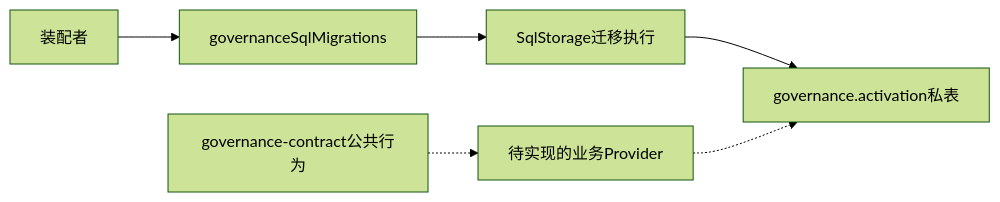
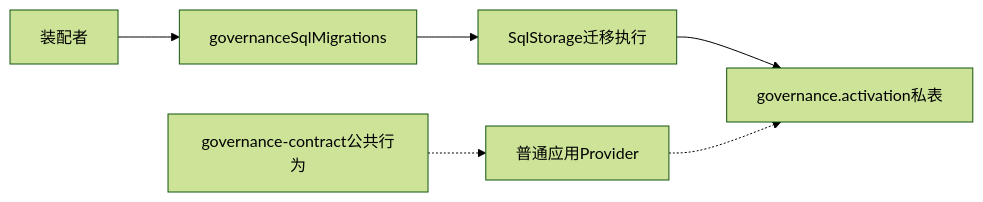
Before and after one commit to nemori-ai/omne-harness-lite: the sixth of 21 diagrams in packages/governance/governance-local/docs/architecture.md, drawn with Mermaid (forest theme). The commit also changed other lines of this file and 223 other files, not shown here.

````diff
--- a/packages/governance/governance-local/docs/architecture.md
+++ b/packages/governance/governance-local/docs/architecture.md
@@ -82,8 +132,8 @@
 ```mermaid
 flowchart LR
   Assembly[装配者] --> Materials[governanceSqlMigrations]
   Materials --> SQL[SqlStorage迁移执行]
   SQL --> Relations[governance.activation私表]
-  Contract[governance-contract公共行为] -.-> Provider[待实现的业务Provider]
+  Contract[governance-contract公共行为] -.-> Provider[普通应用Provider]
   Provider -.-> Relations
 ```
````
